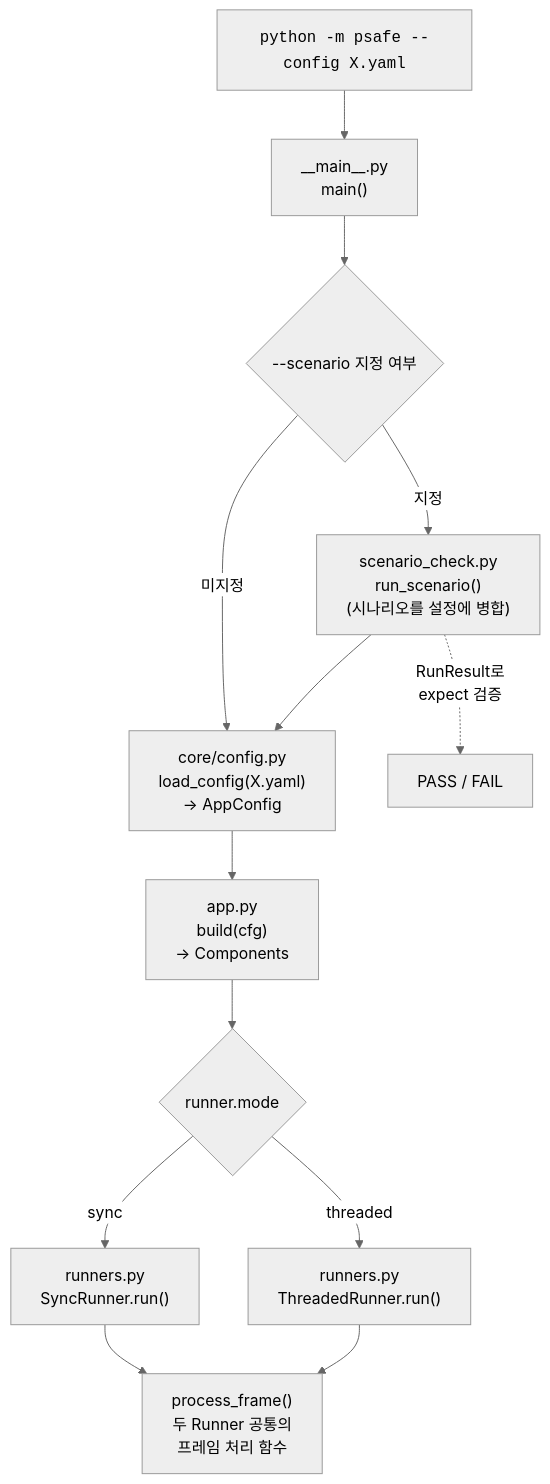
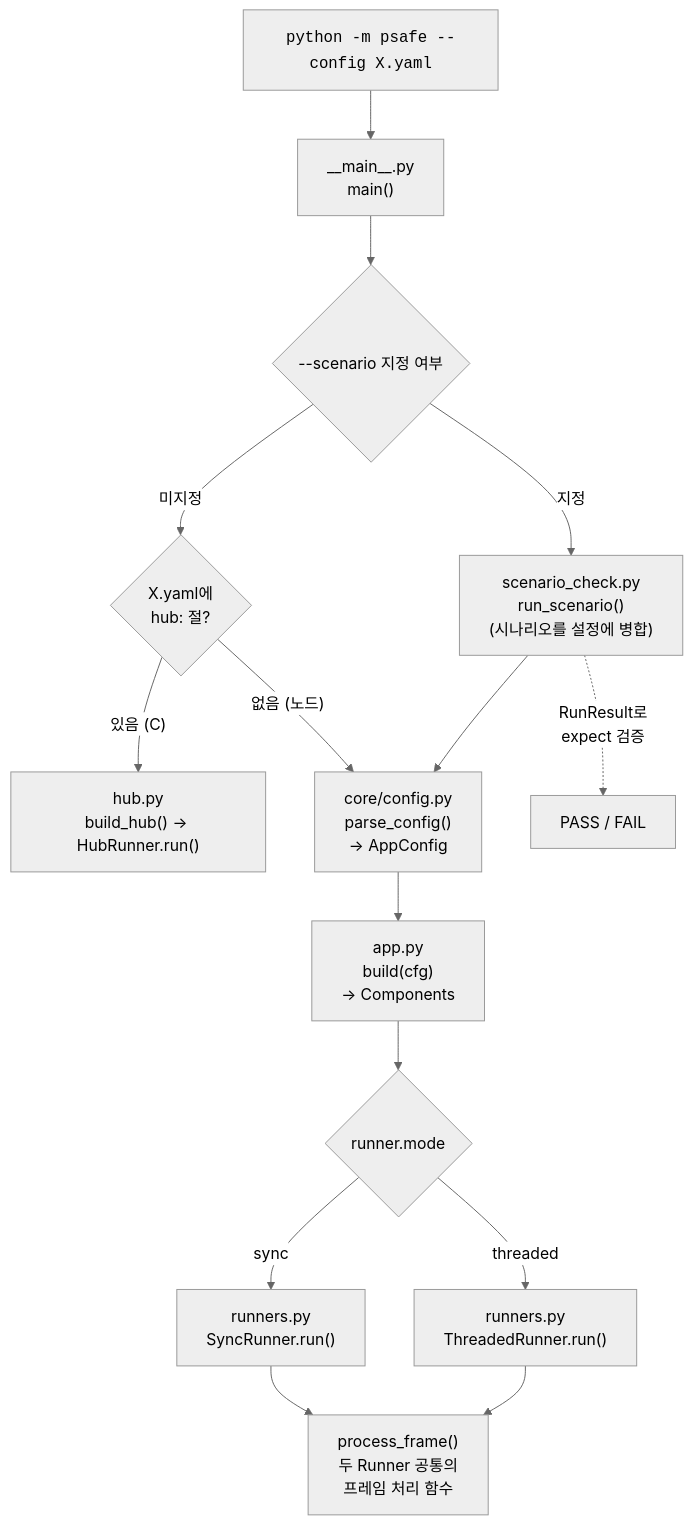
The fourth of 8 diagrams in docs/CODE_GUIDE.md (largeblueberry/MockOndeviceProject), drawn with Mermaid (neutral theme) before and after one commit. The commit also changed other lines of this file and 19 other files, not shown here.

````diff
--- a/docs/CODE_GUIDE.md
+++ b/docs/CODE_GUIDE.md
@@ -159,15 +215,17 @@
 ```mermaid
 flowchart TD
     A["<code>python -m psafe --config X.yaml</code>"] --> B["__main__.py<br/>main()"]
     B --> C{"--scenario 지정 여부"}
-    C -- "미지정" --> D["core/config.py<br/>load_config(X.yaml)<br/>→ AppConfig"]
+    C -- "미지정" --> HQ{"X.yaml에<br/>hub: 절?"}
+    HQ -- "있음 (C)" --> HB["hub.py<br/>build_hub() → HubRunner.run()"]
+    HQ -- "없음 (노드)" --> D["core/config.py<br/>parse_config()<br/>→ AppConfig"]
     C -- "지정" --> S["scenario_check.py<br/>run_scenario()<br/>(시나리오를 설정에 병합)"]
     S --> D
     D --> E["app.py<br/>build(cfg)<br/>→ Components"]
     E --> F{"runner.mode"}
     F -- "sync" --> G["runners.py<br/>SyncRunner.run()"]
     F -- "threaded" --> H["runners.py<br/>ThreadedRunner.run()"]
     G --> I["process_frame()<br/>두 Runner 공통의<br/>프레임 처리 함수"]
     H --> I
     S -. "RunResult로<br/>expect 검증" .-> R["PASS / FAIL"]
 ```
````
